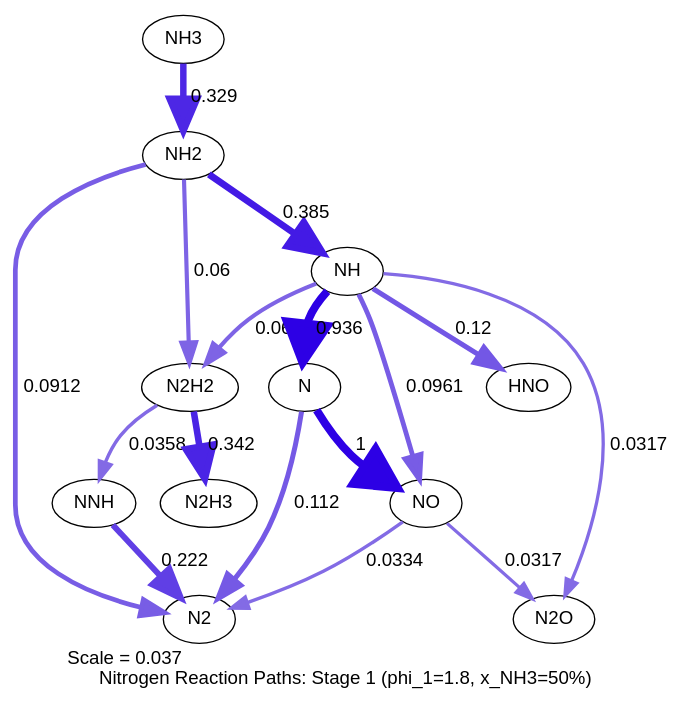
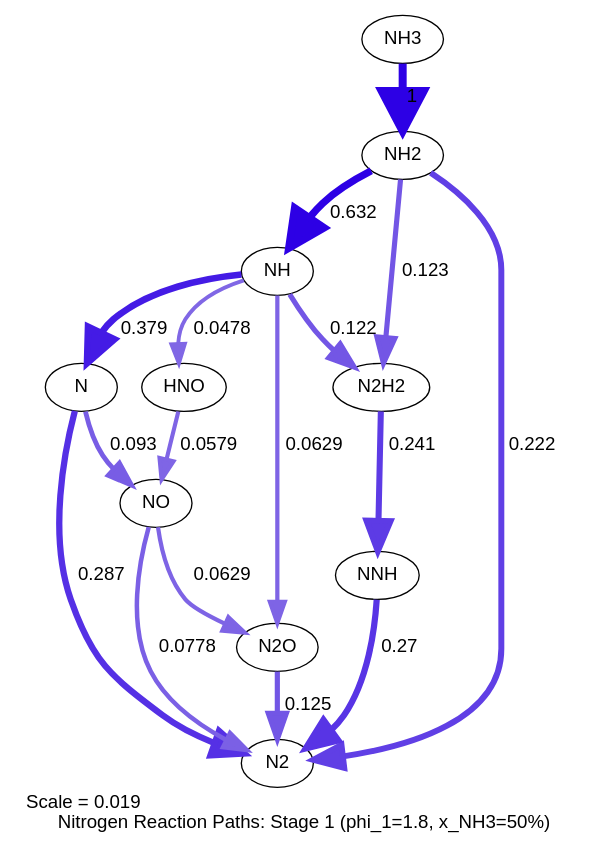
The diagram in results/plots/reaction_path_phi1_1p8_stage1.dot (gargarnav0708/ammonia-hydrogen-staged-combustion), drawn with Graphviz before and after one commit. The commit also changed 16 other files, not shown here.

```diff
--- a/results/plots/reaction_path_phi1_1p8_stage1.dot
+++ b/results/plots/reaction_path_phi1_1p8_stage1.dot
@@ -1,48 +1,47 @@
 digraph reaction_paths {
 center=1;
-s13 -> s14[fontname="Helvetica", penwidth=4.86, arrowsize=2.43, color="0.7, 0.829, 0.9"
-, label=" 0.329"];
-s14 -> s15[fontname="Helvetica", penwidth=5.02, arrowsize=2.51, color="0.7, 0.885, 0.9"
-, label=" 0.385"];
-s14 -> s2[fontname="Helvetica", penwidth=3.55, arrowsize=1.78, color="0.7, 0.591, 0.9"
-, label=" 0.0912"];
-s14 -> s29[fontname="Helvetica", penwidth=3.12, arrowsize=1.56, color="0.7, 0.56, 0.9"
-, label=" 0.06"];
-s15 -> s19[fontname="Helvetica", penwidth=3.83, arrowsize=1.92, color="0.7, 0.62, 0.9"
-, label=" 0.12"];
-s15 -> s12[fontname="Helvetica", penwidth=5.93, arrowsize=2.97, color="0.7, 1.44, 0.9"
-, label=" 0.936"];
-s15 -> s17[fontname="Helvetica", penwidth=3.61, arrowsize=1.8, color="0.7, 0.596, 0.9"
-, label=" 0.0961"];
-s15 -> s18[fontname="Helvetica", penwidth=2.47, arrowsize=1.24, color="0.7, 0.532, 0.9"
-, label=" 0.0317"];
-s15 -> s29[fontname="Helvetica", penwidth=3.12, arrowsize=1.56, color="0.7, 0.56, 0.9"
-, label=" 0.06"];
-s12 -> s2[fontname="Helvetica", penwidth=3.76, arrowsize=1.88, color="0.7, 0.612, 0.9"
-, label=" 0.112"];
-s12 -> s17[fontname="Helvetica", penwidth=6, arrowsize=3, color="0.7, 1.5, 0.9"
+s13 -> s14[fontname="Helvetica", penwidth=6, arrowsize=3, color="0.7, 1.5, 0.9"
 , label=" 1"];
-s17 -> s2[fontname="Helvetica", penwidth=2.53, arrowsize=1.26, color="0.7, 0.533, 0.9"
-, label=" 0.0334"];
-s16 -> s2[fontname="Helvetica", penwidth=4.46, arrowsize=2.23, color="0.7, 0.722, 0.9"
+s14 -> s15[fontname="Helvetica", penwidth=5.53, arrowsize=2.77, color="0.7, 1.13, 0.9"
+, label=" 0.632"];
+s14 -> s2[fontname="Helvetica", penwidth=4.46, arrowsize=2.23, color="0.7, 0.722, 0.9"
 , label=" 0.222"];
-s17 -> s18[fontname="Helvetica", penwidth=2.47, arrowsize=1.24, color="0.7, 0.532, 0.9"
-, label=" 0.0317"];
-s29 -> s16[fontname="Helvetica", penwidth=2.6, arrowsize=1.3, color="0.7, 0.536, 0.9"
-, label=" 0.0358"];
-s29 -> s32[fontname="Helvetica", penwidth=4.9, arrowsize=2.45, color="0.7, 0.842, 0.9"
-, label=" 0.342"];
+s14 -> s29[fontname="Helvetica", penwidth=3.86, arrowsize=1.93, color="0.7, 0.623, 0.9"
+, label=" 0.123"];
+s15 -> s19[fontname="Helvetica", penwidth=2.89, arrowsize=1.45, color="0.7, 0.548, 0.9"
+, label=" 0.0478"];
+s15 -> s12[fontname="Helvetica", penwidth=5.01, arrowsize=2.5, color="0.7, 0.879, 0.9"
+, label=" 0.379"];
+s15 -> s18[fontname="Helvetica", penwidth=3.17, arrowsize=1.59, color="0.7, 0.563, 0.9"
+, label=" 0.0629"];
+s15 -> s29[fontname="Helvetica", penwidth=3.85, arrowsize=1.92, color="0.7, 0.622, 0.9"
+, label=" 0.122"];
+s19 -> s17[fontname="Helvetica", penwidth=3.09, arrowsize=1.54, color="0.7, 0.558, 0.9"
+, label=" 0.0579"];
+s12 -> s2[fontname="Helvetica", penwidth=4.72, arrowsize=2.36, color="0.7, 0.787, 0.9"
+, label=" 0.287"];
+s12 -> s17[fontname="Helvetica", penwidth=3.57, arrowsize=1.79, color="0.7, 0.593, 0.9"
+, label=" 0.093"];
+s17 -> s2[fontname="Helvetica", penwidth=3.39, arrowsize=1.69, color="0.7, 0.578, 0.9"
+, label=" 0.0778"];
+s16 -> s2[fontname="Helvetica", penwidth=4.66, arrowsize=2.33, color="0.7, 0.77, 0.9"
+, label=" 0.27"];
+s18 -> s2[fontname="Helvetica", penwidth=3.88, arrowsize=1.94, color="0.7, 0.625, 0.9"
+, label=" 0.125"];
+s17 -> s18[fontname="Helvetica", penwidth=3.17, arrowsize=1.59, color="0.7, 0.563, 0.9"
+, label=" 0.0629"];
+s29 -> s16[fontname="Helvetica", penwidth=4.54, arrowsize=2.27, color="0.7, 0.741, 0.9"
+, label=" 0.241"];
 s2 [ fontname="Helvetica", label="N2"];
 s12 [ fontname="Helvetica", label="N"];
 s13 [ fontname="Helvetica", label="NH3"];
 s14 [ fontname="Helvetica", label="NH2"];
 s15 [ fontname="Helvetica", label="NH"];
 s16 [ fontname="Helvetica", label="NNH"];
 s17 [ fontname="Helvetica", label="NO"];
 s18 [ fontname="Helvetica", label="N2O"];
 s19 [ fontname="Helvetica", label="HNO"];
 s29 [ fontname="Helvetica", label="N2H2"];
-s32 [ fontname="Helvetica", label="N2H3"];
- label = "Scale = 0.037\l Nitrogen Reaction Paths: Stage 1 (phi_1=1.8, x_NH3=50%)";
+ label = "Scale = 0.019\l Nitrogen Reaction Paths: Stage 1 (phi_1=1.8, x_NH3=50%)";
  fontname = "Helvetica";
 }
```
